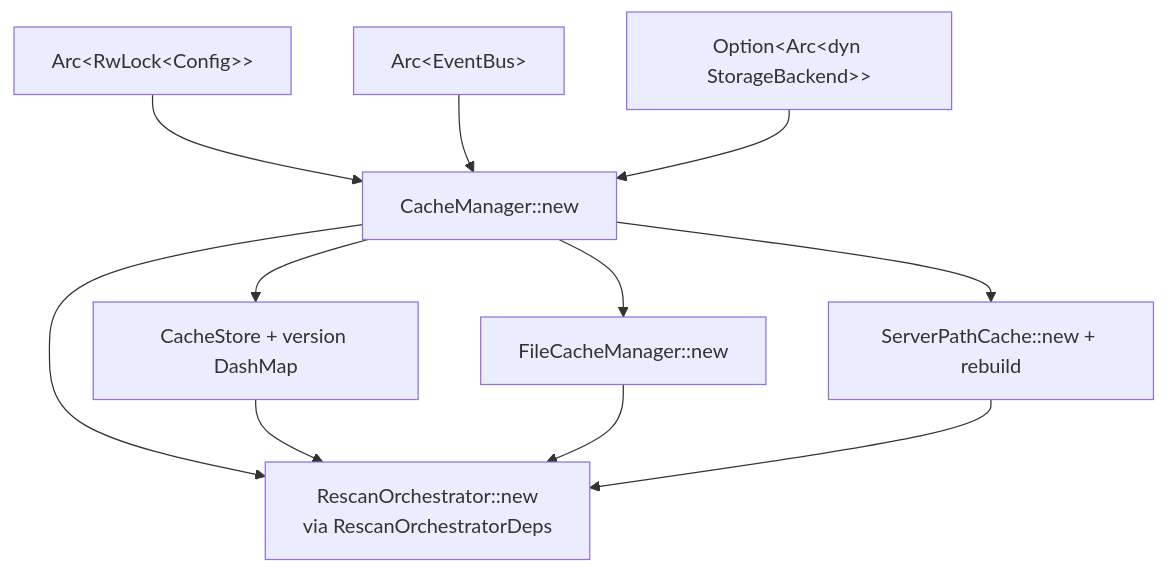
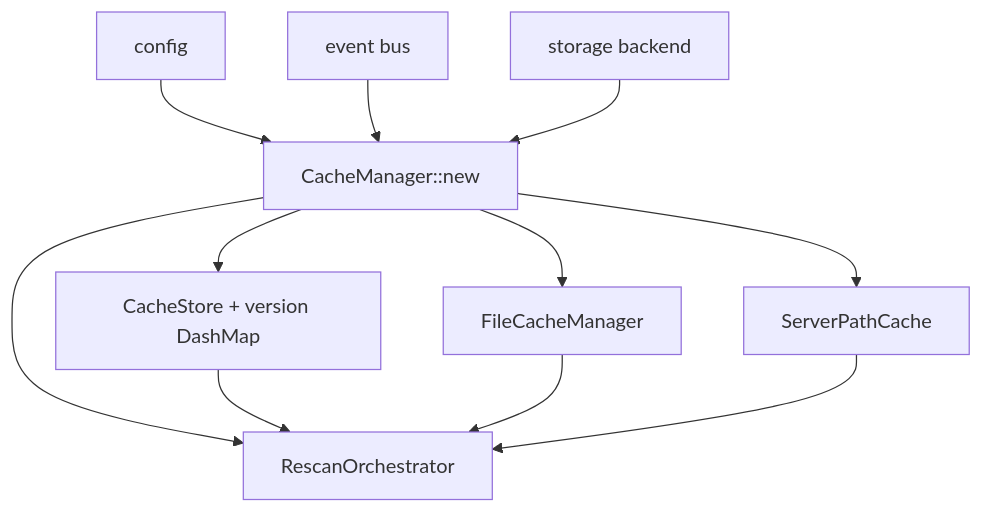
One commit to Lighty-Launcher/LightyUpdater changed the diagram in crates/cache/docs/overview.md. Above: the diagram before and after it, drawn with Mermaid. The commit also changed other lines of this file and 22 other files, not shown here.

First line of the commit message:
Simplify per-crate docs + harden mermaid for GitBook

````diff
--- a/crates/cache/docs/overview.md
+++ b/crates/cache/docs/overview.md
@@ -48,15 +31,15 @@
 ```mermaid
 flowchart TD
-    Cfg[Arc&lt;RwLock&lt;Config&gt;&gt;] --> CM
-    Bus[Arc&lt;EventBus&gt;] --> CM
-    Stg[Option&lt;Arc&lt;dyn StorageBackend&gt;&gt;] --> CM
+    Cfg[config] --> CM
+    Bus[event bus] --> CM
+    Stg[storage backend] --> CM
 
-    CM[CacheManager::new] --> CS[CacheStore + version DashMap]
-    CM --> FC[FileCacheManager::new]
-    CM --> SPC[ServerPathCache::new + rebuild]
-    CM --> Orch[RescanOrchestrator::new<br/>via RescanOrchestratorDeps]
+    CM[CacheManager::new] --> Store[CacheStore + version DashMap]
+    CM --> FC[FileCacheManager]
+    CM --> SPC[ServerPathCache]
+    CM --> Orch[RescanOrchestrator]
 
-    CS --> Orch
+    Store --> Orch
     FC --> Orch
     SPC --> Orch
 ```
````
